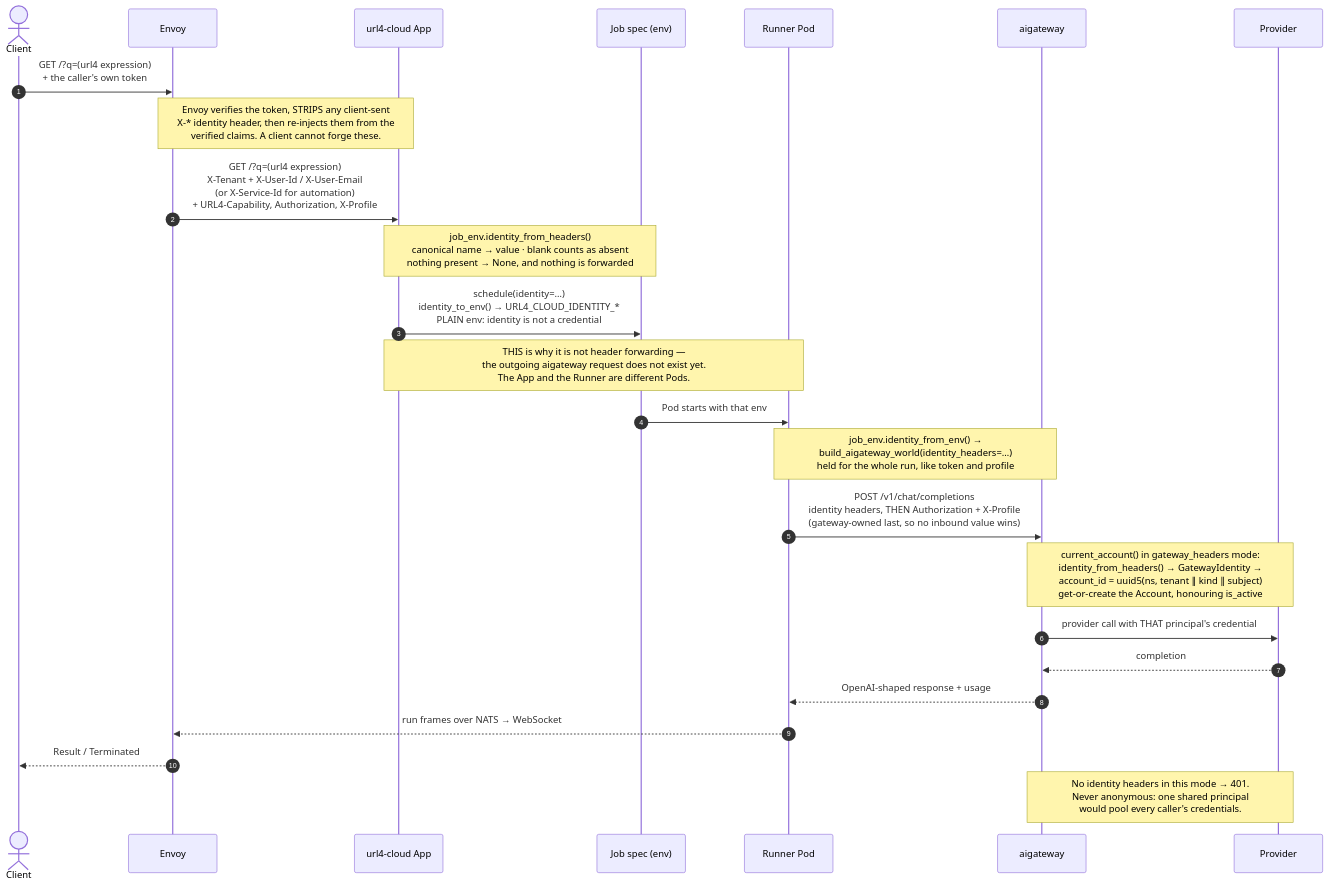
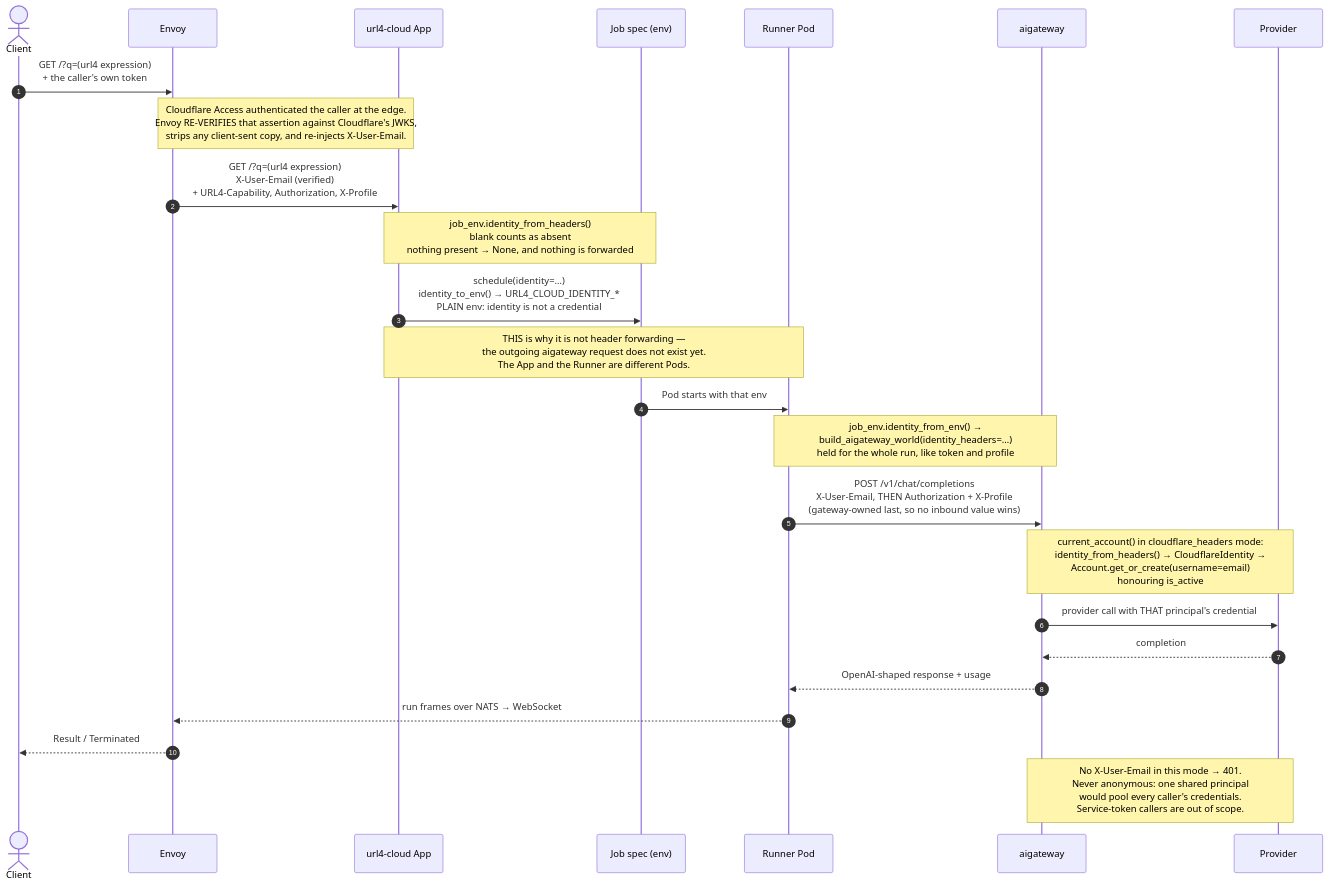
One commit to OpenMined/screamingface changed the first of 3 diagrams in docs/diagrams/gateway-identity.md. Above: the diagram before and after it, drawn with Mermaid. The commit also changed other lines of this file and 29 other files, not shown here.

First line of the commit message:
refactor(aigateway)!: name the identity Cloudflare's, and reduce it to one header

````diff
--- a/docs/diagrams/gateway-identity.md
+++ b/docs/diagrams/gateway-identity.md
@@ -39,34 +42,34 @@
 ```mermaid
 sequenceDiagram
     autonumber
     actor C as Client
     participant E as Envoy
     participant A as url4-cloud App
     participant J as Job spec (env)
     participant R as Runner Pod
     participant G as aigateway
     participant P as Provider
 
     C->>E: GET /?q=(url4 expression)<br/>+ the caller's own token
-    Note over E,A: Envoy verifies the token, STRIPS any client-sent<br/>X-* identity header, then re-injects them from the<br/>verified claims. A client cannot forge these.
-    E->>A: GET /?q=(url4 expression)<br/>X-Tenant + X-User-Id / X-User-Email<br/>(or X-Service-Id for automation)<br/>+ URL4-Capability, Authorization, X-Profile
+    Note over E,A: Cloudflare Access authenticated the caller at the edge.<br/>Envoy RE-VERIFIES that assertion against Cloudflare's JWKS,<br/>strips any client-sent copy, and re-injects X-User-Email.
+    E->>A: GET /?q=(url4 expression)<br/>X-User-Email (verified)<br/>+ URL4-Capability, Authorization, X-Profile
 
-    Note over A,J: job_env.identity_from_headers()<br/>canonical name → value · blank counts as absent<br/>nothing present → None, and nothing is forwarded
+    Note over A,J: job_env.identity_from_headers()<br/>blank counts as absent<br/>nothing present → None, and nothing is forwarded
     A->>J: schedule(identity=…)<br/>identity_to_env() → URL4_CLOUD_IDENTITY_*<br/>PLAIN env: identity is not a credential
 
     Note over A,R: THIS is why it is not header forwarding —<br/>the outgoing aigateway request does not exist yet.<br/>The App and the Runner are different Pods.
 
     J->>R: Pod starts with that env
     Note over R,G: job_env.identity_from_env() →<br/>build_aigateway_world(identity_headers=…)<br/>held for the whole run, like token and profile
 
-    R->>G: POST /v1/chat/completions<br/>identity headers, THEN Authorization + X-Profile<br/>(gateway-owned last, so no inbound value wins)
+    R->>G: POST /v1/chat/completions<br/>X-User-Email, THEN Authorization + X-Profile<br/>(gateway-owned last, so no inbound value wins)
 
-    Note over G,P: current_account() in gateway_headers mode:<br/>identity_from_headers() → GatewayIdentity →<br/>account_id = uuid5(ns, tenant ∥ kind ∥ subject)<br/>get-or-create the Account, honouring is_active
+    Note over G,P: current_account() in cloudflare_headers mode:<br/>identity_from_headers() → CloudflareIdentity →<br/>Account.get_or_create(username=email)<br/>honouring is_active
     G->>P: provider call with THAT principal's credential
     P-->>G: completion
     G-->>R: OpenAI-shaped response + usage
     R-->>E: run frames over NATS → WebSocket
     E-->>C: Result / Terminated
 
-    Note over G,P: No identity headers in this mode → 401.<br/>Never anonymous: one shared principal<br/>would pool every caller's credentials.
+    Note over G,P: No X-User-Email in this mode → 401.<br/>Never anonymous: one shared principal<br/>would pool every caller's credentials.<br/>Service-token callers are out of scope.
 ```
````
